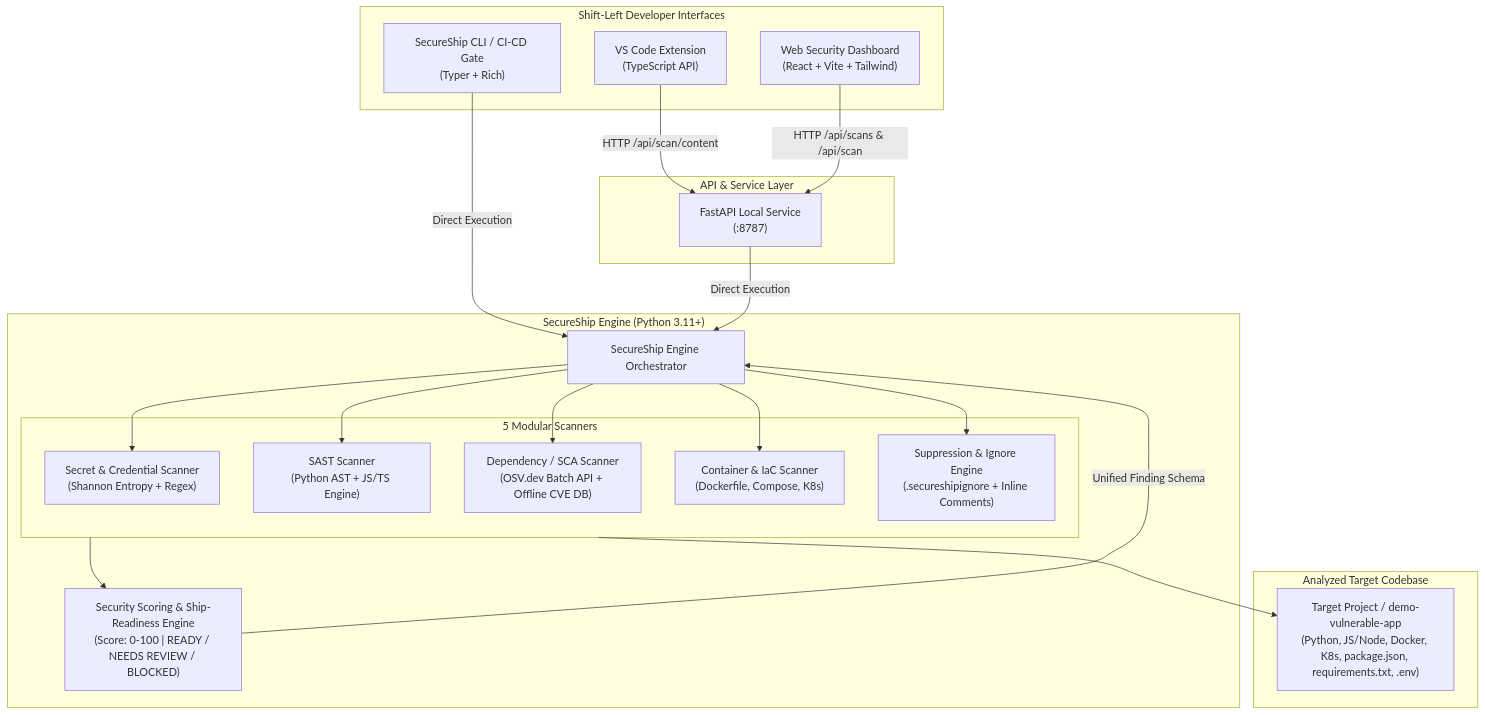
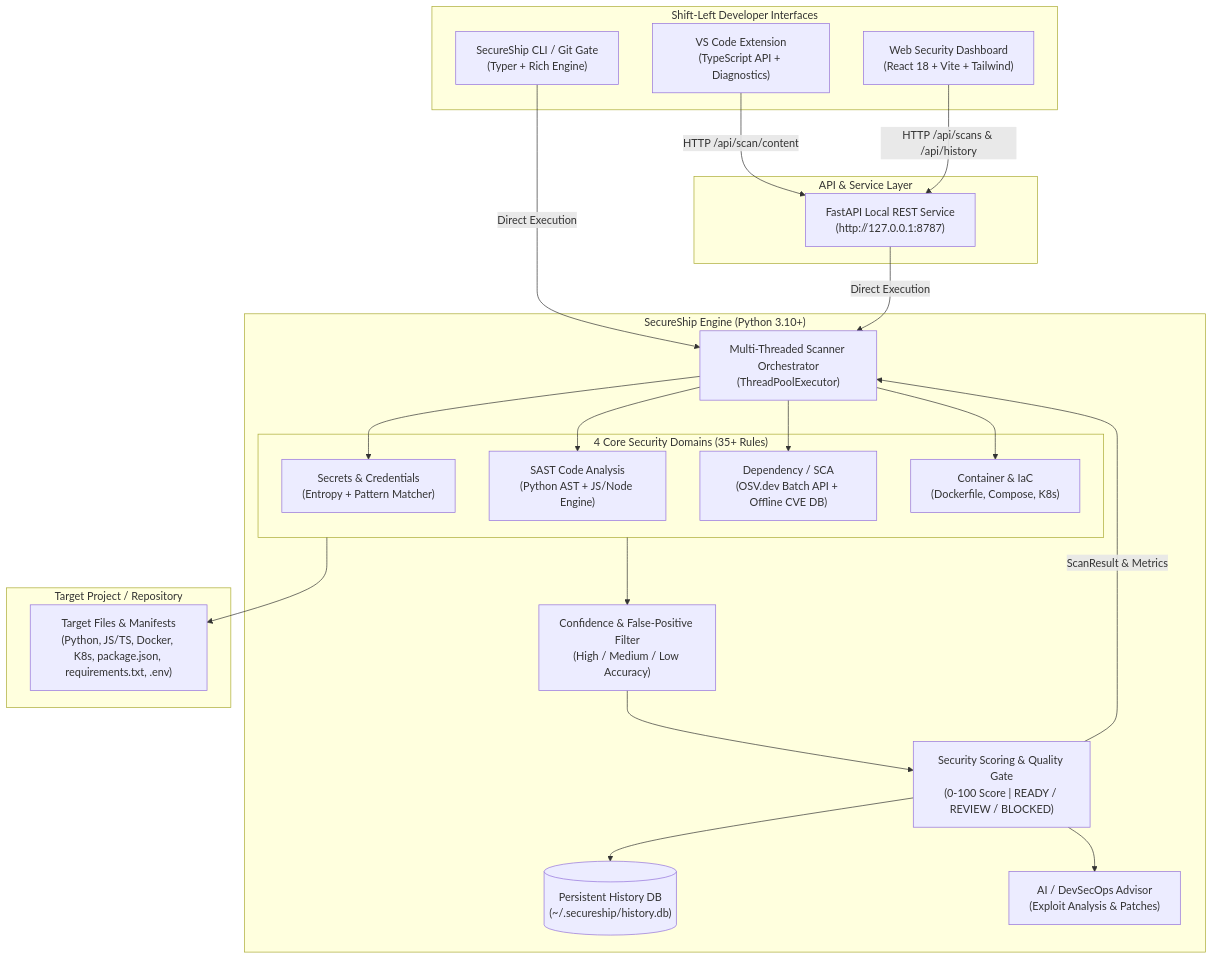
Before and after one commit to 777yash77/SecureSoftwareShip: the diagram in README.md, drawn with Mermaid. The commit also changed other lines of this file and 2 other files, not shown here.

Commit message:
docs: comprehensive manual on engine working, 1-click install, and CLI reference

````diff
--- a/README.md
+++ b/README.md
@@ -29,44 +43,48 @@
 ```mermaid
 flowchart TD
     subgraph ClientInterfaces ["Shift-Left Developer Interfaces"]
-        IDE["VS Code Extension\n(TypeScript API)"]
-        CLI["SecureShip CLI / CI-CD Gate\n(Typer + Rich)"]
-        DASH["Web Security Dashboard\n(React + Vite + Tailwind)"]
+        IDE["VS Code Extension\n(TypeScript API + Diagnostics)"]
+        CLI["SecureShip CLI / Git Gate\n(Typer + Rich Engine)"]
+        DASH["Web Security Dashboard\n(React 18 + Vite + Tailwind)"]
     end
 
     subgraph ServiceLayer ["API & Service Layer"]
-        API["FastAPI Local Service\n(:8787)"]
+        API["FastAPI Local REST Service\n(http://127.0.0.1:8787)"]
     end
 
-    subgraph CoreEngine ["SecureShip Engine (Python 3.11+)"]
-        ORCH["SecureShip Engine Orchestrator"]
-        SCORER["Security Scoring & Ship-Readiness Engine\n(Score: 0-100 | READY / NEEDS REVIEW / BLOCKED)"]
+    subgraph CoreEngine ["SecureShip Engine (Python 3.10+)"]
+        ORCH["Multi-Threaded Scanner Orchestrator\n(ThreadPoolExecutor)"]
+        SCORER["Security Scoring & Quality Gate\n(0-100 Score | READY / REVIEW / BLOCKED)"]
+        CONF["Confidence & False-Positive Filter\n(High / Medium / Low Accuracy)"]
+        SQLITE[("Persistent History DB\n(~/.secureship/history.db)")]
+        ADVISOR["AI / DevSecOps Advisor\n(Exploit Analysis & Patches)"]
 
-        subgraph ModularScanners ["5 Modular Scanners"]
-            S1["Secret & Credential Scanner\n(Shannon Entropy + Regex)"]
-            S2["SAST Scanner\n(Python AST + JS/TS Engine)"]
-            S3["Dependency / SCA Scanner\n(OSV.dev Batch API + Offline CVE DB)"]
-            S4["Container & IaC Scanner\n(Dockerfile, Compose, K8s)"]
-            S5["Suppression & Ignore Engine\n(.secureshipignore + Inline Comments)"]
+        subgraph ModularScanners ["4 Core Security Domains (35+ Rules)"]
+            S1["Secrets & Credentials\n(Entropy + Pattern Matcher)"]
+            S2["SAST Code Analysis\n(Python AST + JS/Node Engine)"]
+            S3["Dependency / SCA\n(OSV.dev Batch API + Offline CVE DB)"]
+            S4["Container & IaC\n(Dockerfile, Compose, K8s)"]
         end
     end
 
-    subgraph Targets ["Analyzed Target Codebase"]
-        CODE["Target Project / demo-vulnerable-app\n(Python, JS/Node, Docker, K8s, package.json, requirements.txt, .env)"]
+    subgraph Targets ["Target Project / Repository"]
+        CODE["Target Files & Manifests\n(Python, JS/TS, Docker, K8s, package.json, requirements.txt, .env)"]
     end
 
     IDE -->|"HTTP /api/scan/content"| API
-    DASH -->|"HTTP /api/scans & /api/scan"| API
+    DASH -->|"HTTP /api/scans & /api/history"| API
     CLI -->|"Direct Execution"| ORCH
     API -->|"Direct Execution"| ORCH
 
     ORCH --> S1
     ORCH --> S2
     ORCH --> S3
     ORCH --> S4
-    ORCH --> S5
 
     ModularScanners --> CODE
-    ModularScanners --> SCORER
-    SCORER -->|"Unified Finding Schema"| ORCH
+    ModularScanners --> CONF
+    CONF --> SCORER
+    SCORER --> SQLITE
+    SCORER --> ADVISOR
+    SCORER -->|"ScanResult & Metrics"| ORCH
 ```
````
